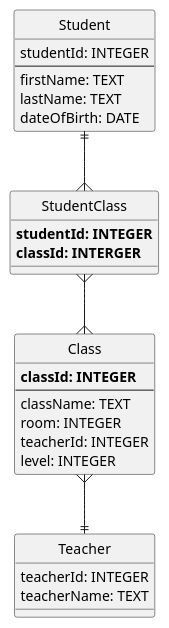
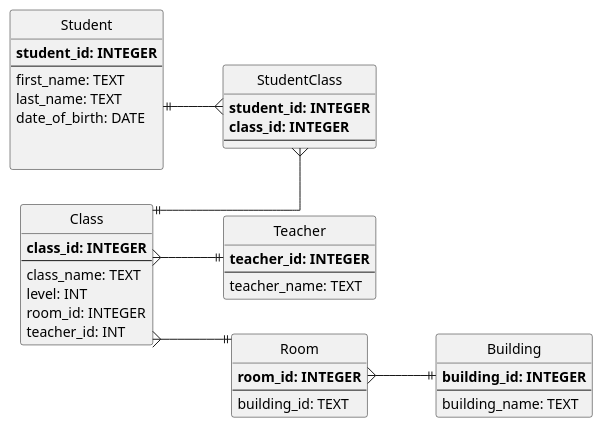
Before and after one commit to Mountainview-High-School/h-MVHS-23dewitk: the diagram in plantuml.md, drawn with PlantUML. The commit also changed other lines of this file, not shown here.

Commit message:
Copied Mr Weatherall's Code

````diff
--- a/plantuml.md
+++ b/plantuml.md
@@ -2,40 +7,76 @@
 ```plantuml
+
+
 @startuml
 ' config
 hide circle
+skinparam linetype ortho
+
+
+left to right direction
+
 
 entity "Student" {
-    studentId: INTEGER
-    --
-    firstName: TEXT
-    lastName: TEXT
-    dateOfBirth: DATE
-}
+<b>student_id: INTEGER</b>
+--
+first_name: TEXT
+last_name: TEXT
+date_of_birth: DATE
 
-entity "StudentClass" {
-    <b>studentId: INTEGER
-    <b>classId: INTERGER
-}
 
-entity "Class" {
-    <b>classId: INTEGER
-    --
-    className: TEXT
-    room: INTEGER
-    teacherId: INTEGER
-    level: INTEGER
-}
-
-entity "Teacher" {
-   teacherId: INTEGER
-   teacherName: TEXT
-}
-
-StudentClass }--{ Class
-Student ||--{ StudentClass
-Class }--|| Teacher
+  }
 
 
 
+
+entity "StudentClass" {
+<b>student_id: INTEGER
+<b>class_id: INTEGER
+--
+}
+
+
+
+
+entity "Class" {
+<b>class_id: INTEGER
+--
+class_name: TEXT
+level: INT
+room_id: INTEGER
+teacher_id: INT
+}
+
+
+
+
+entity "Teacher" {
+<b>teacher_id: INTEGER
+--
+teacher_name: TEXT
+}
+
+
+entity "Room" {
+<b>room_id: INTEGER
+--
+building_id: TEXT
+}
+
+
+entity "Building" {
+<b>building_id: INTEGER
+--
+building_name: TEXT
+}
+
+
+
+
+Student ||--{ StudentClass
+Class ||--{ StudentClass
+Class }--|| Teacher
+Class }--|| Room
+Room }--|| Building
 @enduml
 ```
````
